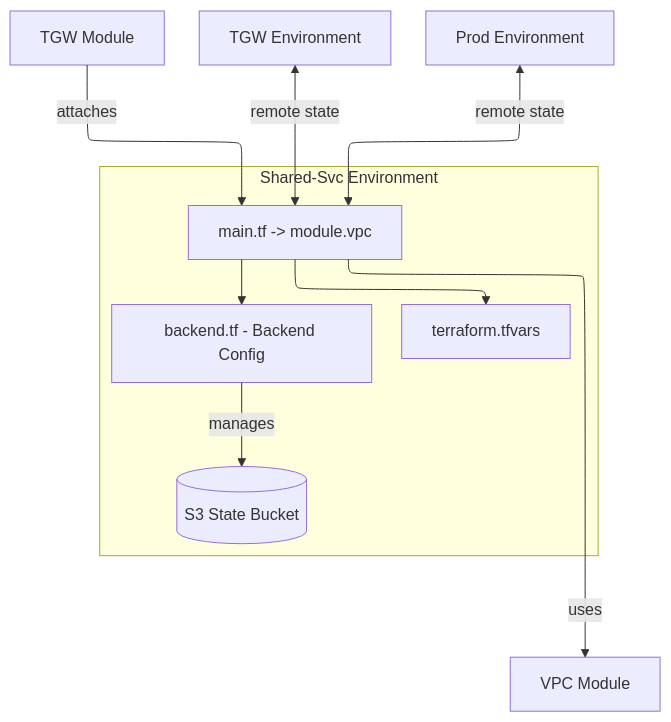
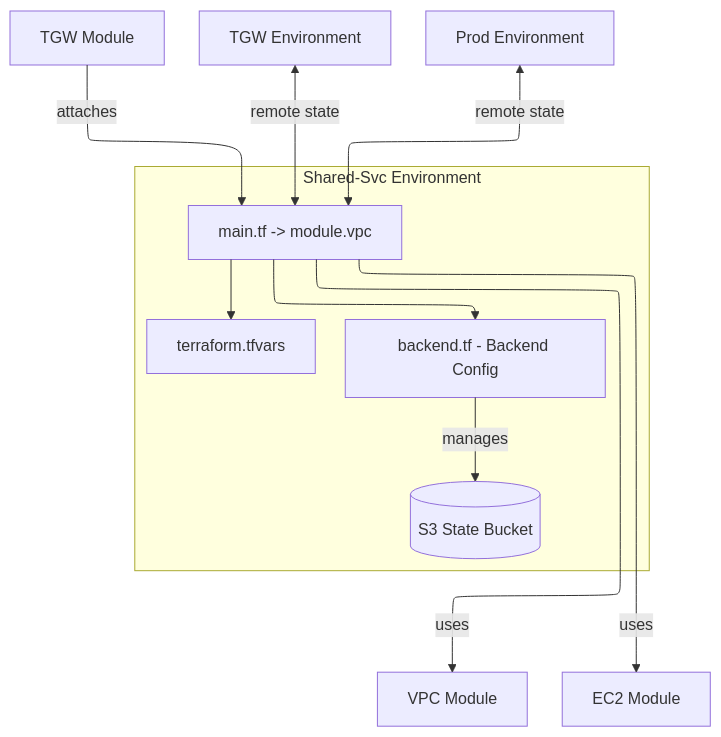
Before and after one commit to m3lcy/terraform-aws-vpc: the seventh of 8 diagrams in README.md, drawn with Mermaid. The commit also changed other lines of this file, not shown here.

````diff
--- a/README.md
+++ b/README.md
@@ -274,25 +275,26 @@
 ```mermaid
 ---
 config:
   layout: elk
 ---
 flowchart TB
  subgraph SharedSvc_Env["Shared-Svc Environment"]
     direction TB
         S1["main.tf -> module.vpc"]
         S2["terraform.tfvars"]
         S3["backend.tf - Backend Config"]
         S4[("S3 State Bucket")]
   end
     S1 --> S2 & S3
     S3 -- manages --> S4
     n1["TGW Module"] -- attaches --> S1
     n2["TGW Environment"] <-- remote state --> S1
     n4["Prod Environment"] <-- remote state --> S1
-    S1 -- uses --> n3["VPC Module"]
+    S1 -- uses --> n3["VPC Module"] & n5["EC2 Module"]
 
     n1@{ shape: rect}
     n2@{ shape: rect}
     n4@{ shape: rect}
     n3@{ shape: rect}
+    n5@{ shape: rect}
 ```
````
